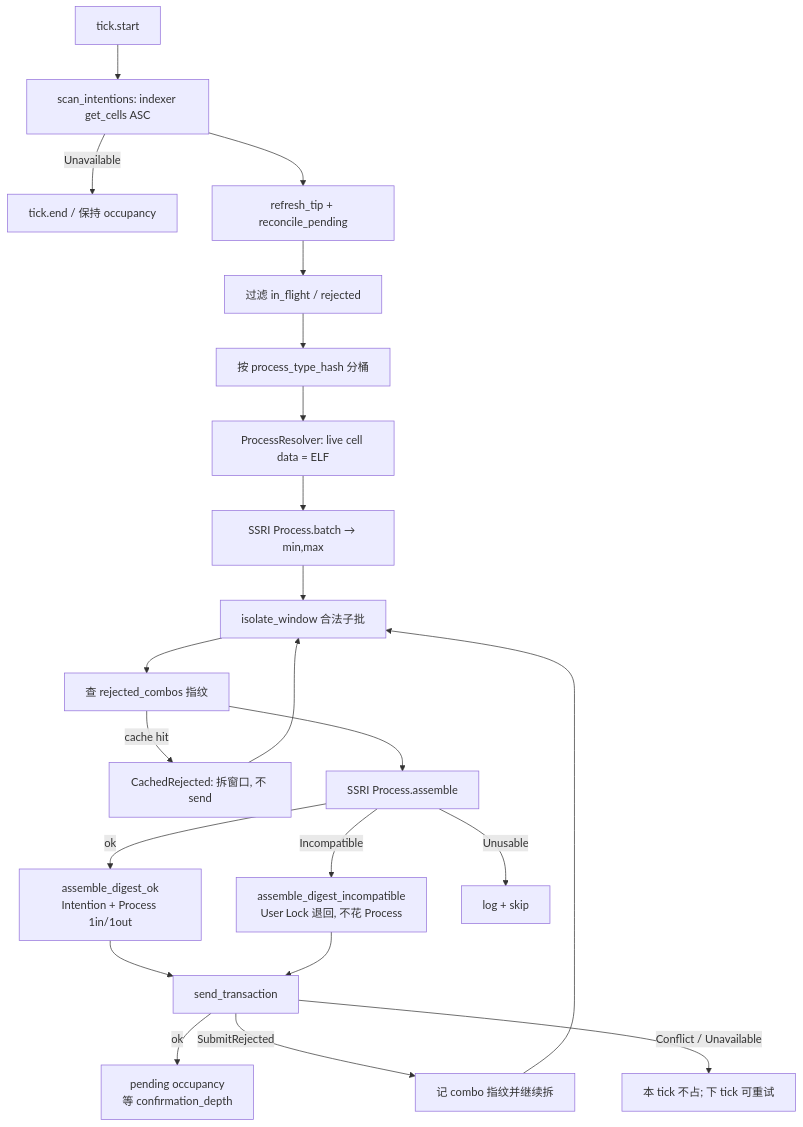
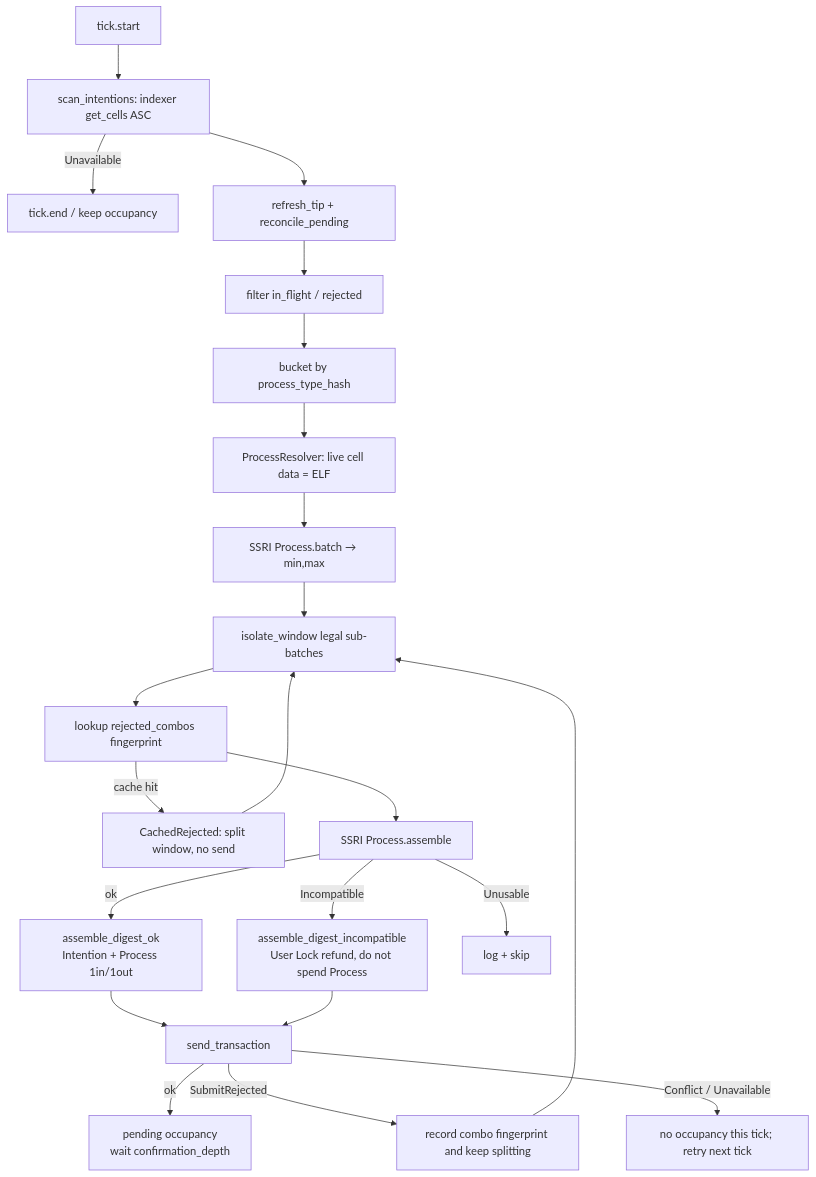
Before and after one commit to ashuralyk/ckb-cid-backend-server: the diagram in README.md, drawn with Mermaid. The commit also changed other lines of this file, not shown here.

````diff
--- a/README.md
+++ b/README.md
@@ -165,24 +165,24 @@
 ```mermaid
 flowchart TD
   start["tick.start"] --> scan["scan_intentions: indexer get_cells ASC"]
-  scan -->|Unavailable| endTick["tick.end / 保持 occupancy"]
+  scan -->|Unavailable| endTick["tick.end / keep occupancy"]
   scan --> tip["refresh_tip + reconcile_pending"]
-  tip --> filter["过滤 in_flight / rejected"]
-  filter --> bucket["按 process_type_hash 分桶"]
+  tip --> filter["filter in_flight / rejected"]
+  filter --> bucket["bucket by process_type_hash"]
   bucket --> resolve["ProcessResolver: live cell data = ELF"]
   resolve --> bounds["SSRI Process.batch → min,max"]
-  bounds --> isolate["isolate_window 合法子批"]
-  isolate --> peek["查 rejected_combos 指纹"]
-  peek -->|cache hit| split["CachedRejected: 拆窗口, 不 send"]
+  bounds --> isolate["isolate_window legal sub-batches"]
+  isolate --> peek["lookup rejected_combos fingerprint"]
+  peek -->|cache hit| split["CachedRejected: split window, no send"]
   peek --> assemble["SSRI Process.assemble"]
   assemble -->|ok| dok["assemble_digest_ok<br/>Intention + Process 1in/1out"]
-  assemble -->|Incompatible| dinc["assemble_digest_incompatible<br/>User Lock 退回, 不花 Process"]
+  assemble -->|Incompatible| dinc["assemble_digest_incompatible<br/>User Lock refund, do not spend Process"]
   assemble -->|Unusable| skip["log + skip"]
   dok --> send["send_transaction"]
   dinc --> send
-  send -->|ok| pending["pending occupancy<br/>等 confirmation_depth"]
-  send -->|SubmitRejected| combo["记 combo 指纹并继续拆"]
-  send -->|Conflict / Unavailable| retry["本 tick 不占; 下 tick 可重试"]
+  send -->|ok| pending["pending occupancy<br/>wait confirmation_depth"]
+  send -->|SubmitRejected| combo["record combo fingerprint and keep splitting"]
+  send -->|Conflict / Unavailable| retry["no occupancy this tick; retry next tick"]
   split --> isolate
   combo --> isolate
 ```
````
